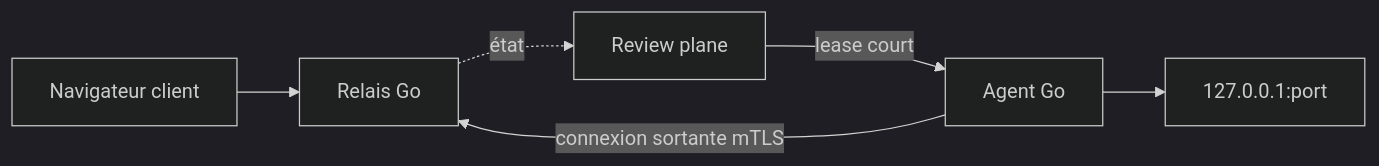
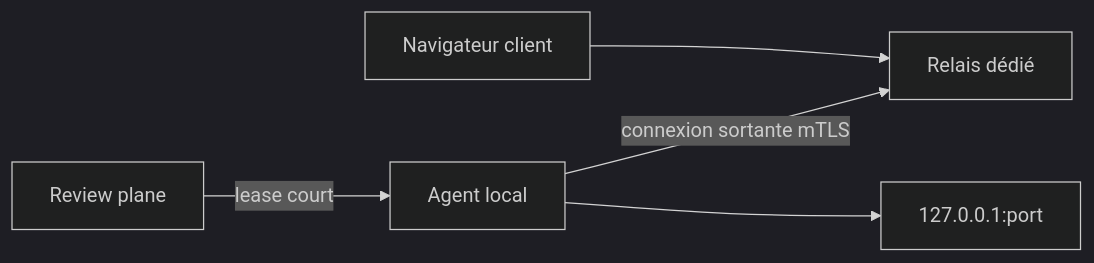
One commit to rfielbal/Revaloop changed the third of 3 diagrams in docs/ARCHITECTURE.md. Above: the diagram before and after it, drawn with Mermaid (dark theme). The commit also changed other lines of this file and 47 other files, not shown here.

````diff
--- a/docs/ARCHITECTURE.md
+++ b/docs/ARCHITECTURE.md
@@ -221,8 +275,7 @@
 ```mermaid
 flowchart LR
-    browser["Navigateur client"] --> edge["Relais Go"]
-    control["Review plane"] -->|lease court| agent["Agent Go"]
-    agent -->|connexion sortante mTLS| edge
+    browser["Navigateur client"] --> edge["Relais dédié"]
+    control["Review plane"] -->|"lease court"| agent["Agent local"]
+    agent -->|"connexion sortante mTLS"| edge
     agent --> local["127.0.0.1:port"]
-    edge -. état .-> control
 ```
````
